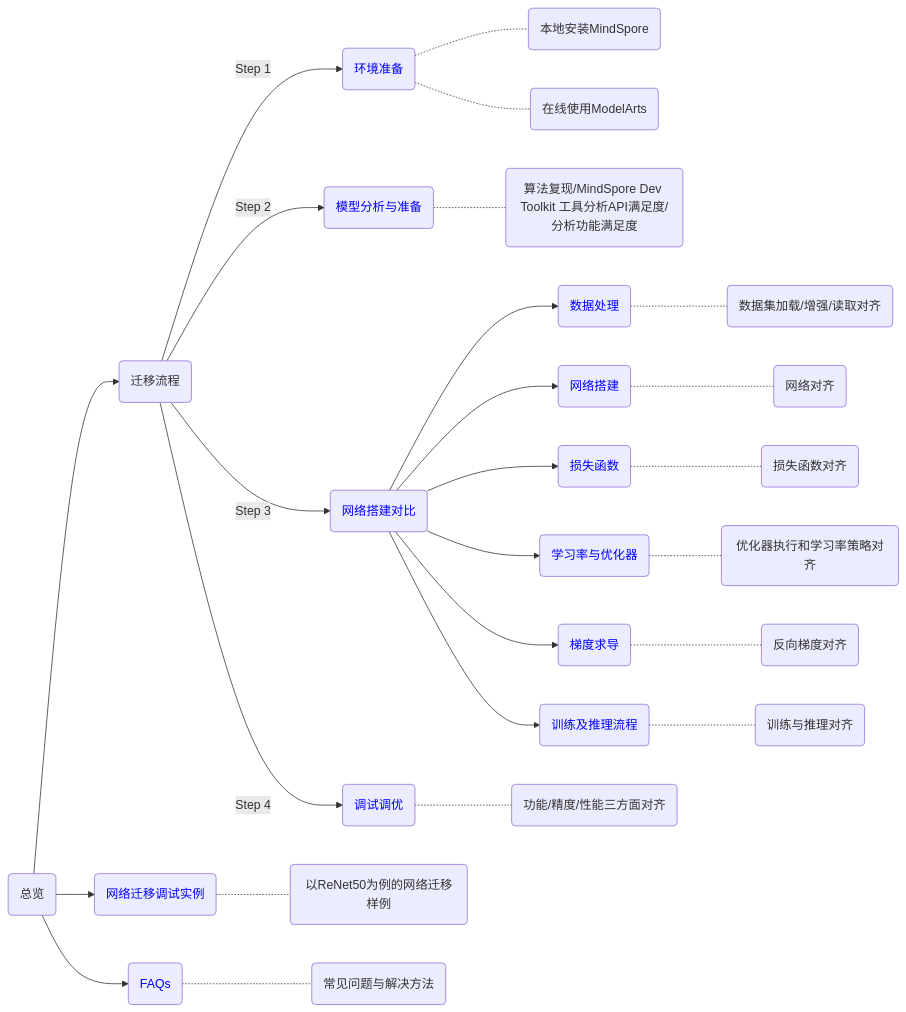
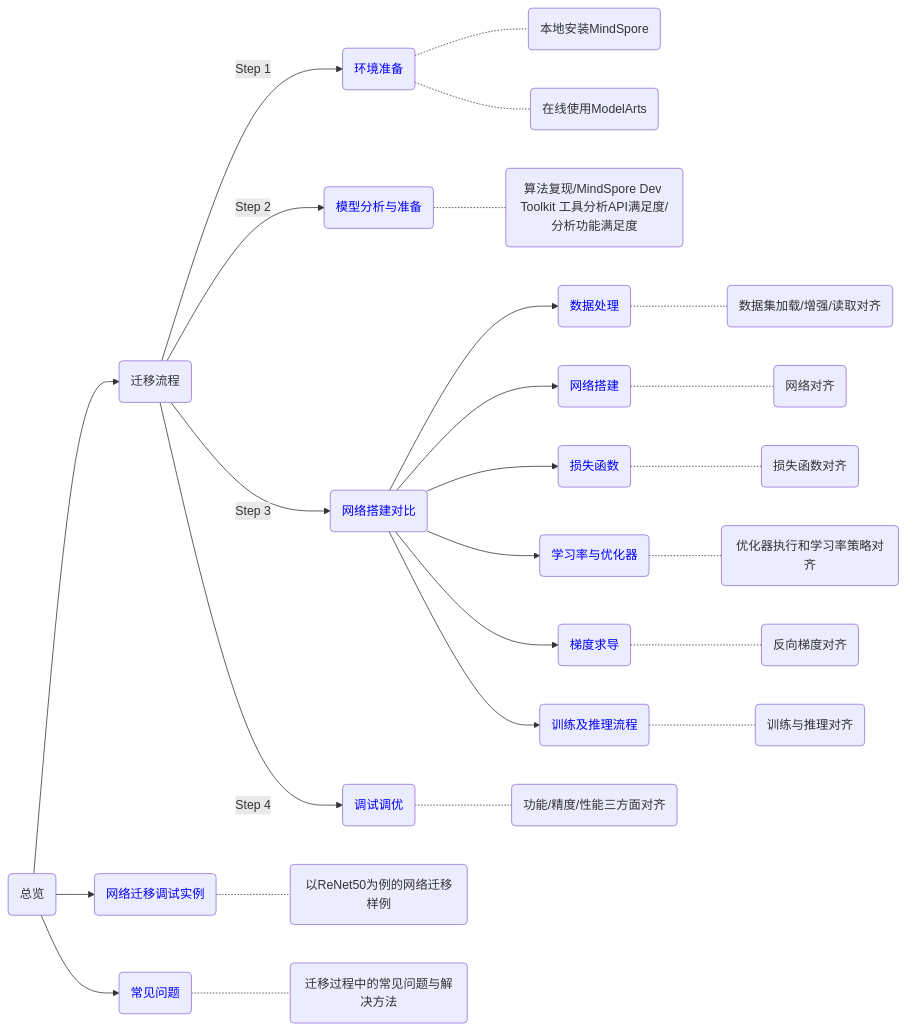
One commit to mindspore-ai/docs changed the diagram in docs/mindspore/source_zh_cn/migration_guide/overview.md. Above: the diagram before and after it, drawn with Mermaid. The commit also changed 10 other files, not shown here.

````diff
--- a/docs/mindspore/source_zh_cn/migration_guide/overview.md
+++ b/docs/mindspore/source_zh_cn/migration_guide/overview.md
@@ -7,43 +7,43 @@
 ```{mermaid}
 graph LR
 A(总览)-->B(迁移流程)
 B-->|Step 1|E(<font color=blue>环境准备</font>)
 E-.-text1(本地安装MindSpore)
 E-.-text2(在线使用ModelArts)
 B-->|Step 2|F(<font color=blue>模型分析与准备</font>)
 F-.-text3(算法复现/MindSpore Dev Toolkit 工具分析API满足度/分析功能满足度)
 B-->|Step 3|G(<font color=blue>网络搭建对比</font>)
 G-->I(<font color=blue>数据处理</font>)
 I-.-text4(数据集加载/增强/读取对齐)
 G-->J(<font color=blue>网络搭建</font>)
 J-.-text5(网络对齐)
 G-->N(<font color=blue>损失函数</font>)
 N-.-text6(损失函数对齐)
 G-->K(<font color=blue>学习率与优化器</font>)
 K-.-text7(优化器执行和学习率策略对齐)
 G-->L(<font color=blue>梯度求导</font>)
 L-.-text8(反向梯度对齐)
 G-->M(<font color=blue>训练及推理流程</font>)
 M-.-text9(训练与推理对齐)
 B-->|Step 4|H(<font color=blue>调试调优</font>)
 H-.-text10(功能/精度/性能三方面对齐)
 A-->C(<font color=blue>网络迁移调试实例</font>)
 C-.-text11(以ReNet50为例的网络迁移样例)
-A-->D(<font color=blue>FAQs</font>)
-D-.-text12(常见问题与解决方法)
+A-->D(<font color=blue>常见问题</font>)
+D-.-text12(迁移过程中的常见问题与解决方法)
 
 click C "https://www.mindspore.cn/docs/zh-CN/master/migration_guide/sample_code.html"
 click D "https://www.mindspore.cn/docs/zh-CN/master/migration_guide/faq.html"
 
 click E "https://www.mindspore.cn/docs/zh-CN/master/migration_guide/enveriment_preparation.html"
 click F "https://www.mindspore.cn/docs/zh-CN/master/migration_guide/analysis_and_preparation.html"
 click G "https://www.mindspore.cn/docs/zh-CN/master/migration_guide/model_development/model_development.html"
 click H "https://www.mindspore.cn/docs/zh-CN/master/migration_guide/debug_and_tune.html"
 
 click I "https://www.mindspore.cn/docs/zh-CN/master/migration_guide/model_development/dataset.html"
 click J "https://www.mindspore.cn/docs/zh-CN/master/migration_guide/model_development/model_and_cell.html"
 click K "https://www.mindspore.cn/docs/zh-CN/master/migration_guide/model_development/learning_rate_and_optimizer.html"
 click L "https://www.mindspore.cn/docs/zh-CN/master/migration_guide/model_development/gradient.html"
 click M "https://www.mindspore.cn/docs/zh-CN/master/migration_guide/model_development/training_and_evaluation.html"
 click N "https://www.mindspore.cn/docs/zh-CN/master/migration_guide/model_development/loss_function.html"
 ```
````
